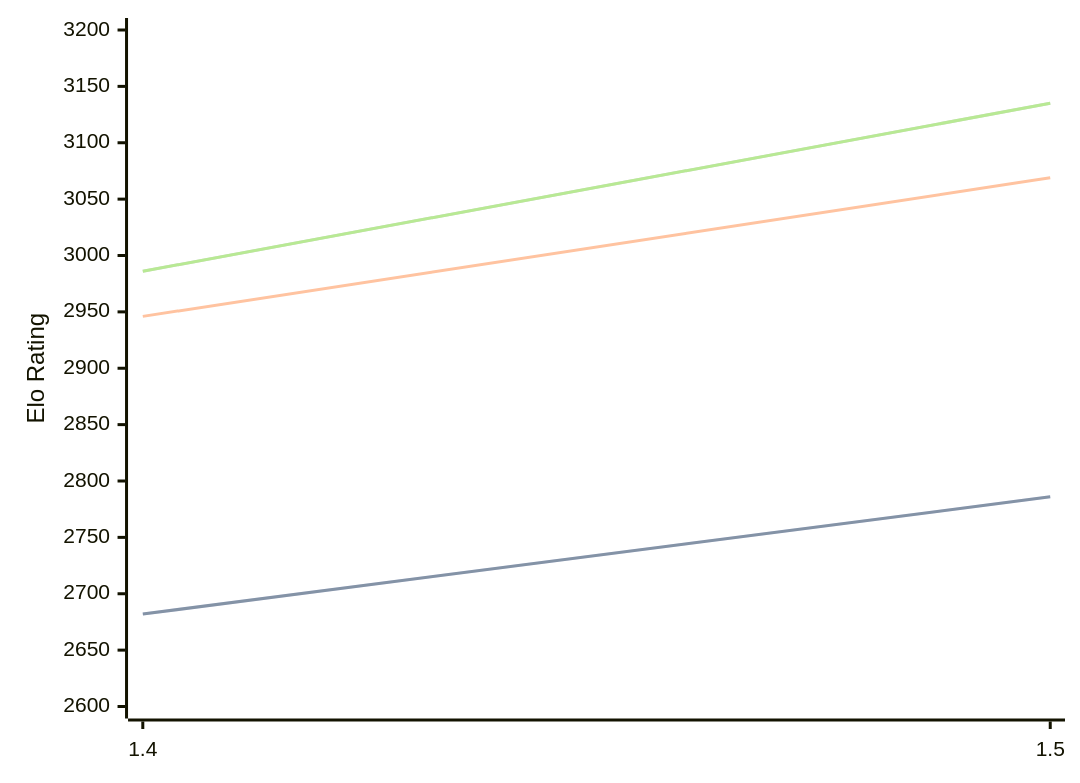
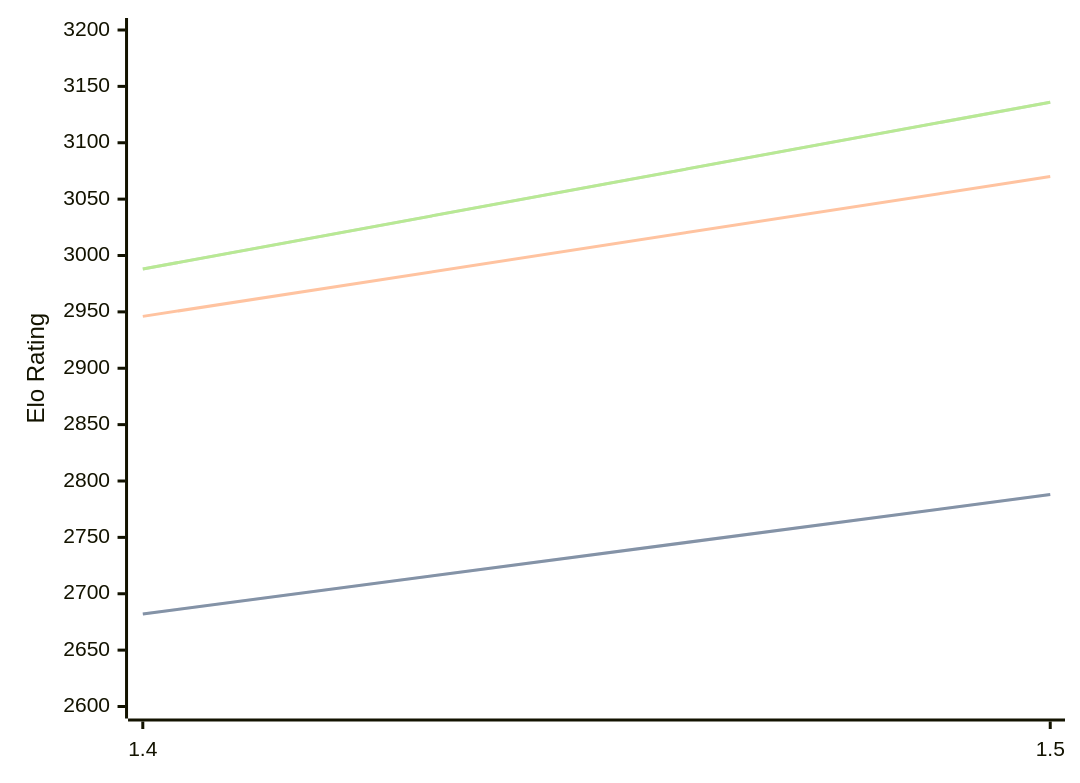
Before and after one commit to computer-chess-index/cci: the diagram in engines/Yakka.md, drawn with Mermaid. The commit also changed other lines of this file, not shown here.

Commit message:
Update CCI Ratings (ELO VLTC) - 2026-03-28

````diff
--- a/engines/Yakka.md
+++ b/engines/Yakka.md
@@ -36,11 +36,11 @@
 ```mermaid
 %%{init: {"theme":"base","themeVariables":{"seriesColors:['#a3a3a3','#222221','#faa371']}}}%%
 xychart-beta
   x-axis ["1.4", "1.5"]
   y-axis "Elo Rating" 2600 --> 3200
-  line "STC (8.0+0.08s)" [2682, 2786]
-  line "STC (8.0+0.08s)" [2682, 2786]
-  line "LTC (60.0+0.60s)" [2946, 3069]
-  line "VLTC (2m24s+1.12s)" [2986, 3135]
-  line "VLTC (2m24s+1.12s)" [2986, 3135]
+  line "STC (8.0+0.08s)" [2682, 2788]
+  line "STC (8.0+0.08s)" [2682, 2788]
+  line "LTC (60.0+0.60s)" [2946, 3070]
+  line "VLTC (2m24s+1.12s)" [2988, 3136]
+  line "VLTC (2m24s+1.12s)" [2988, 3136]
 ```
````
